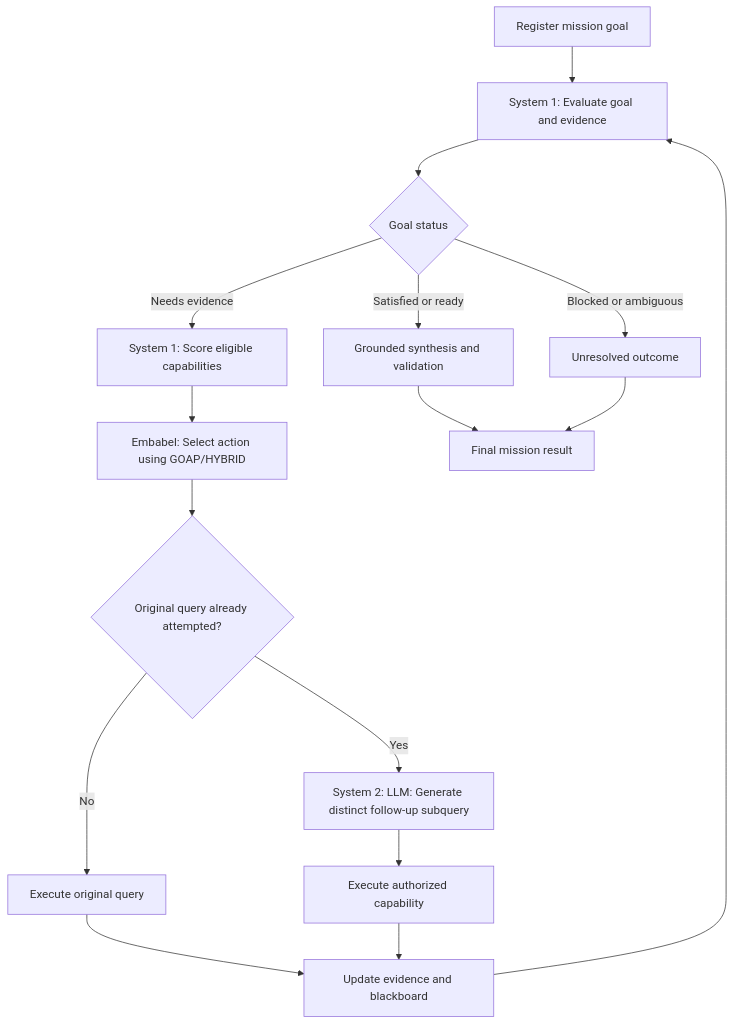
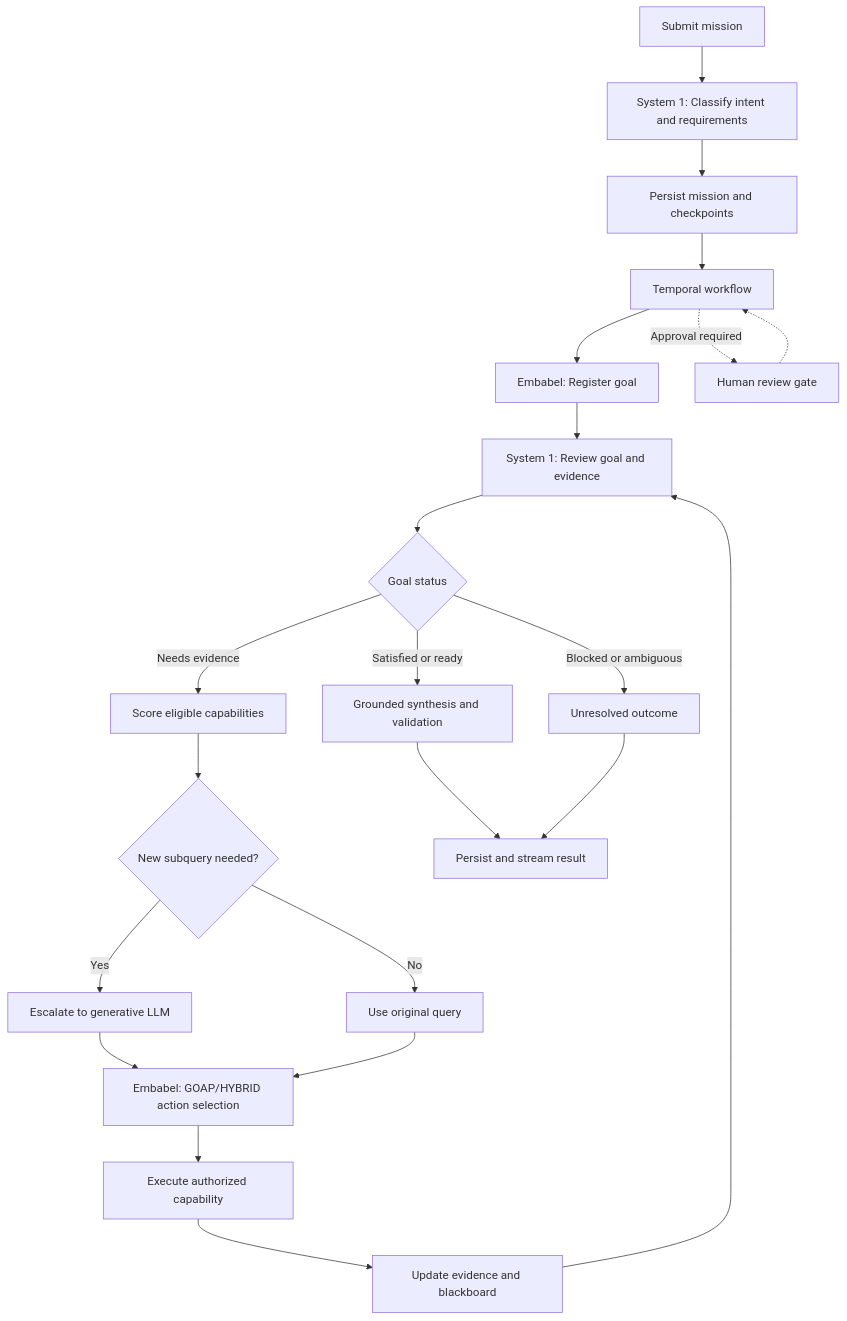
One commit to hashedgrey/Sparrow-x changed the second of 2 diagrams in README.md. Above: the diagram before and after it, drawn with Mermaid. The commit also changed other lines of this file, not shown here.

Commit message:
docs(readme): align architecture and features with latest SparrowX implementation

````diff
--- a/README.md
+++ b/README.md
@@ -80,18 +81,29 @@
 ```mermaid
 flowchart TD
-    A[Register mission goal] --> B[System 1: Evaluate goal and evidence]
-    B --> C{Goal status}
-    C -->|Needs evidence| D[System 1: Score eligible capabilities]
-    D --> E[Embabel: Select action using GOAP/HYBRID]
-    E --> F{Original query already attempted?}
-    F -->|No| G[Execute original query]
-    F -->|Yes| H[System 2: LLM: Generate distinct follow-up subquery]
-    H --> I[Execute authorized capability]
-    G --> J[Update evidence and blackboard]
-    I --> J
-    J --> B
-    C -->|Satisfied or ready| K[Grounded synthesis and validation]
-    C -->|Blocked or ambiguous| L[Unresolved outcome]
-    K --> M[Final mission result]
-    L --> M
+    A[Submit mission] --> B[System 1: Classify intent and requirements]
+    B --> C[Persist mission and checkpoints]
+    C --> D[Temporal workflow]
+    D --> E[Embabel: Register goal]
+    E --> F[System 1: Review goal and evidence]
+    F --> G{Goal status}
+
+    G -->|Needs evidence| H[Score eligible capabilities]
+    H --> I{New subquery needed?}
+    I -->|Yes| J[Escalate to generative LLM]
+    I -->|No| K[Use original query]
+
+    J --> L[Embabel: GOAP/HYBRID action selection]
+    K --> L
+    L --> M[Execute authorized capability]
+    M --> N[Update evidence and blackboard]
+    N --> F
+
+    G -->|Satisfied or ready| O[Grounded synthesis and validation]
+    G -->|Blocked or ambiguous| P[Unresolved outcome]
+
+    O --> Q[Persist and stream result]
+    P --> Q
+
+    D -.->|Approval required| R[Human review gate]
+    R -.-> D
 ```
````
